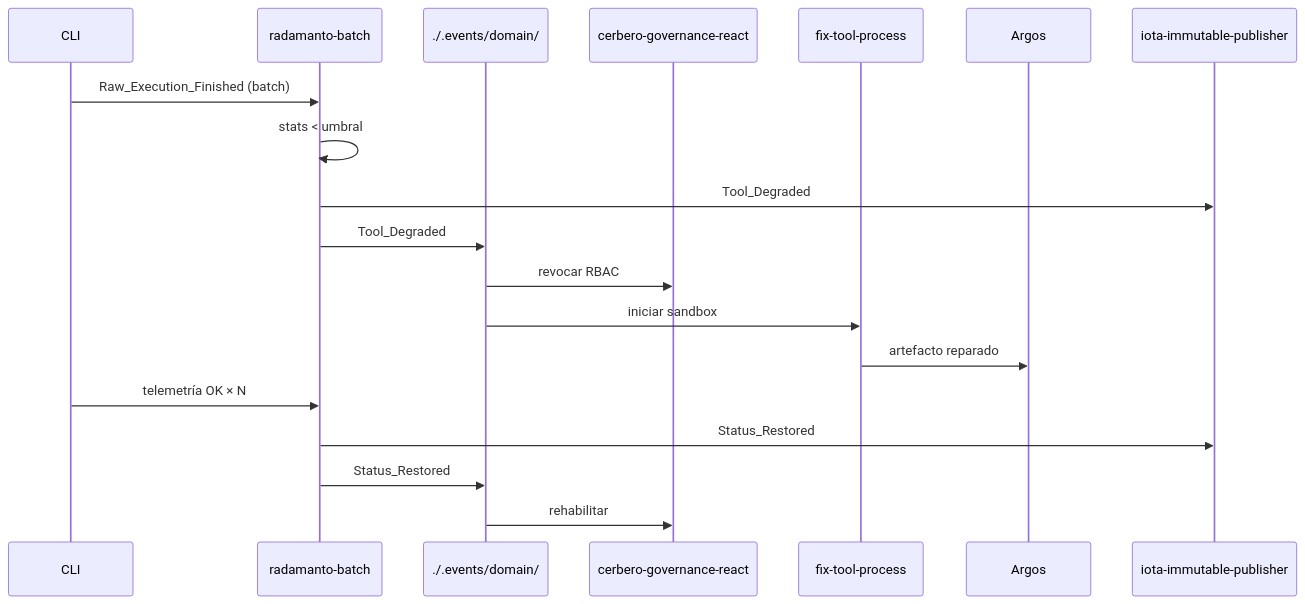
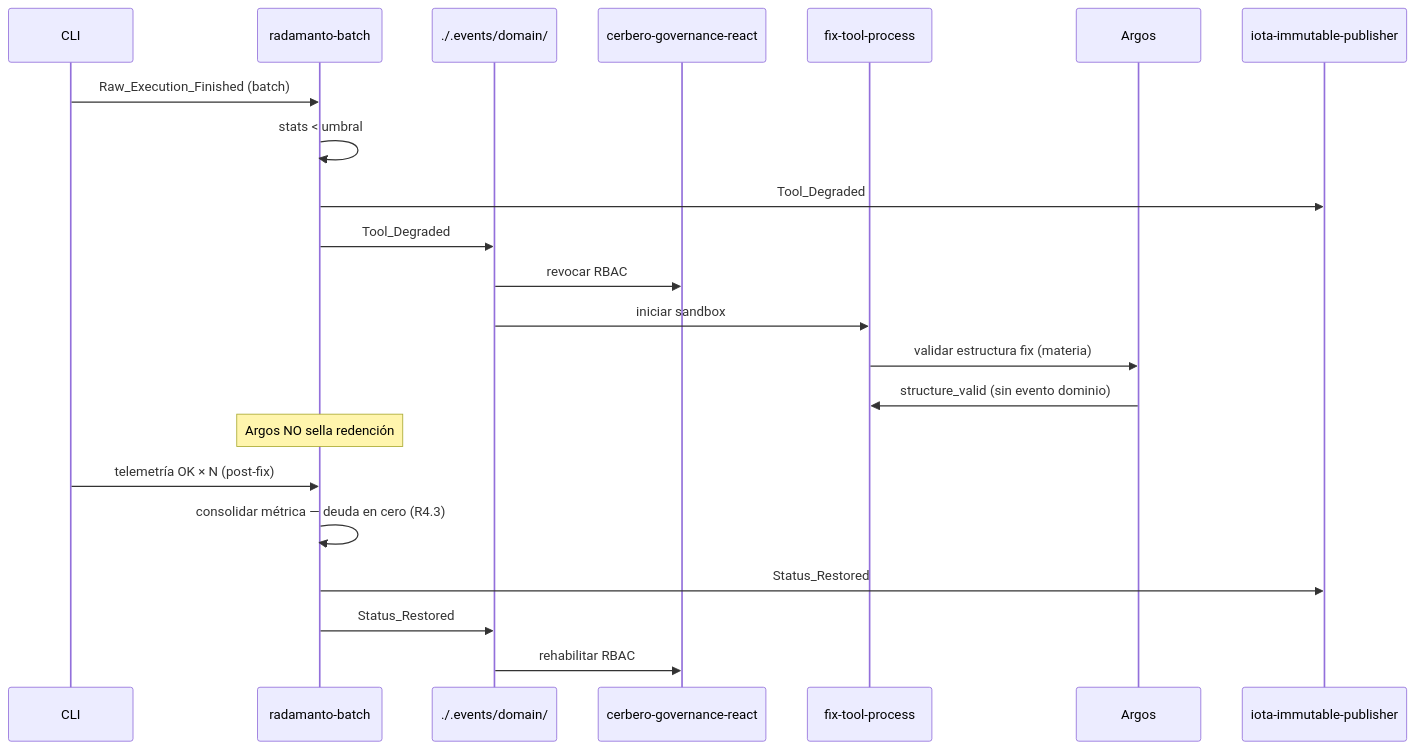
The diagram in docs/features/telemetria-reactiva-eda-fase4/clarify.md (racso80es/SddIA), drawn with Mermaid before and after one commit. The commit also changed other lines of this file and 36 other files, not shown here.

````diff
--- a/docs/features/telemetria-reactiva-eda-fase4/clarify.md
+++ b/docs/features/telemetria-reactiva-eda-fase4/clarify.md
@@ -64,22 +77,25 @@
 ```mermaid
 sequenceDiagram
     participant CLI
     participant RB as radamanto-batch
     participant D as ./.events/domain/
     participant C as cerbero-governance-react
     participant FT as fix-tool-process
     participant A as Argos
     participant DLT as iota-immutable-publisher
 
     CLI->>RB: Raw_Execution_Finished (batch)
     RB->>RB: stats < umbral
     RB->>DLT: Tool_Degraded
     RB->>D: Tool_Degraded
     D->>C: revocar RBAC
     D->>FT: iniciar sandbox
-    FT->>A: artefacto reparado
-    CLI->>RB: telemetría OK × N
+    FT->>A: validar estructura fix (materia)
+    A->>FT: structure_valid (sin evento dominio)
+    Note over RB: Argos NO sella redención
+    CLI->>RB: telemetría OK × N (post-fix)
+    RB->>RB: consolidar métrica — deuda en cero (R4.3)
     RB->>DLT: Status_Restored
     RB->>D: Status_Restored
-    D->>C: rehabilitar
+    D->>C: rehabilitar RBAC
 ```
````
